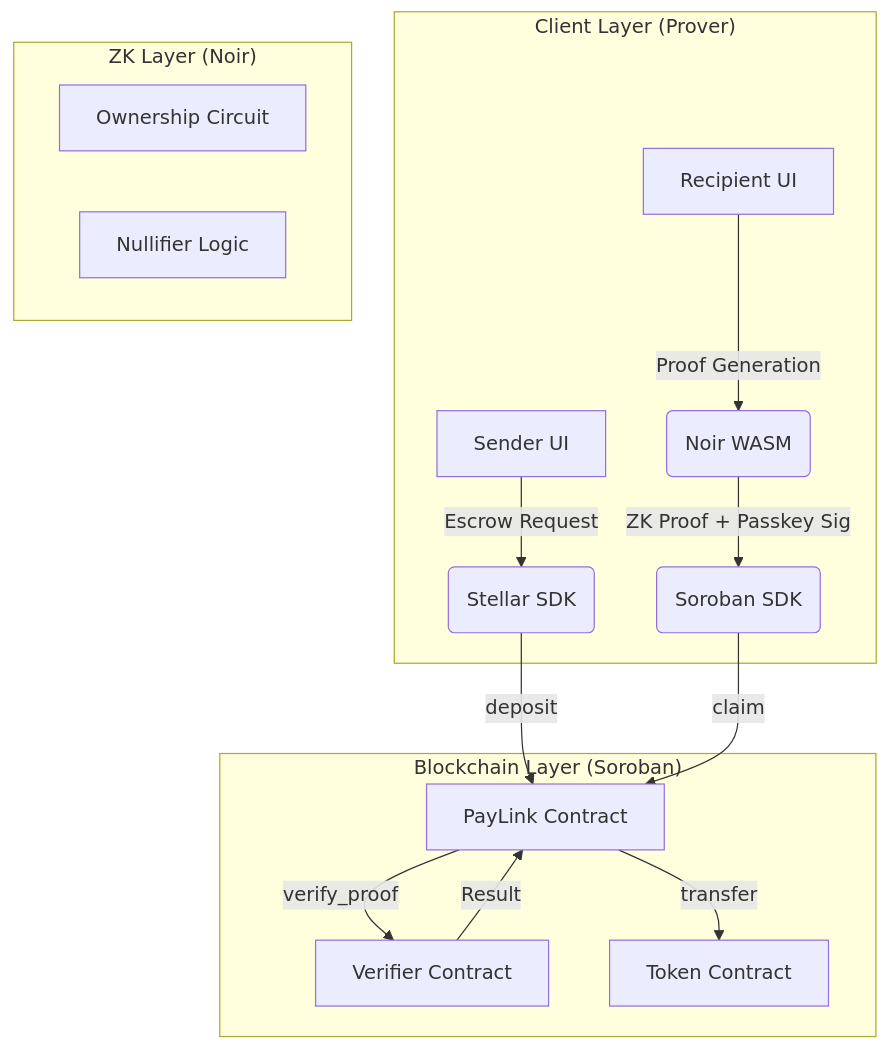
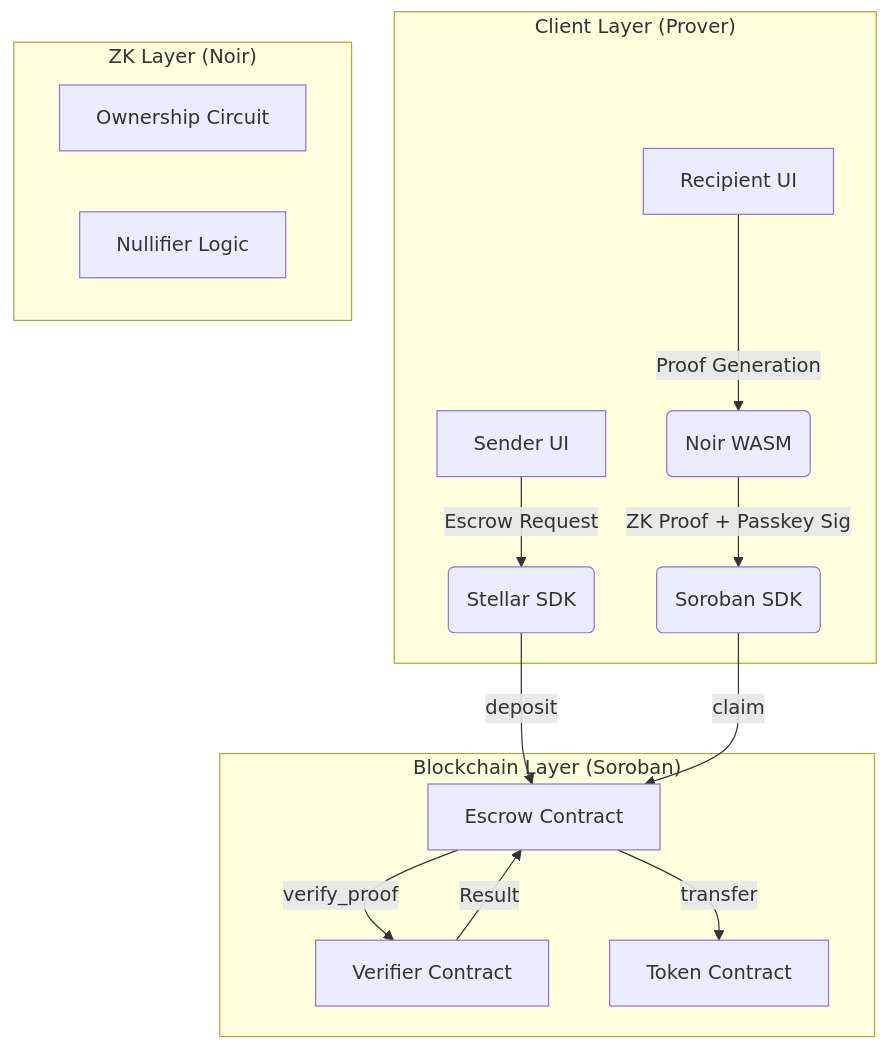
The diagram in docs/architecture.md (atreus-lab/atreus), drawn with Mermaid before and after one commit. The commit also changed other lines of this file and 9 other files, not shown here.

Commit message:
Rebrand all docs: ZK-PayLink → Atreus, PayLink → Link/Atreus

````diff
--- a/docs/architecture.md
+++ b/docs/architecture.md
@@ -6,25 +6,25 @@
 ```mermaid
 graph TD
     subgraph "Client Layer (Prover)"
         A[Sender UI] -->|Escrow Request| B(Stellar SDK)
         C[Recipient UI] -->|Proof Generation| D(Noir WASM)
         D -->|ZK Proof + Passkey Sig| E(Soroban SDK)
     end
 
     subgraph "Blockchain Layer (Soroban)"
-        F[PayLink Contract]
+        F[Escrow Contract]
         G[Verifier Contract]
         H[Token Contract]
     end
 
     subgraph "ZK Layer (Noir)"
         I[Ownership Circuit]
         J[Nullifier Logic]
     end
 
     B -->|deposit| F
     E -->|claim| F
     F -->|verify_proof| G
     G -->|Result| F
     F -->|transfer| H
 ```
````
